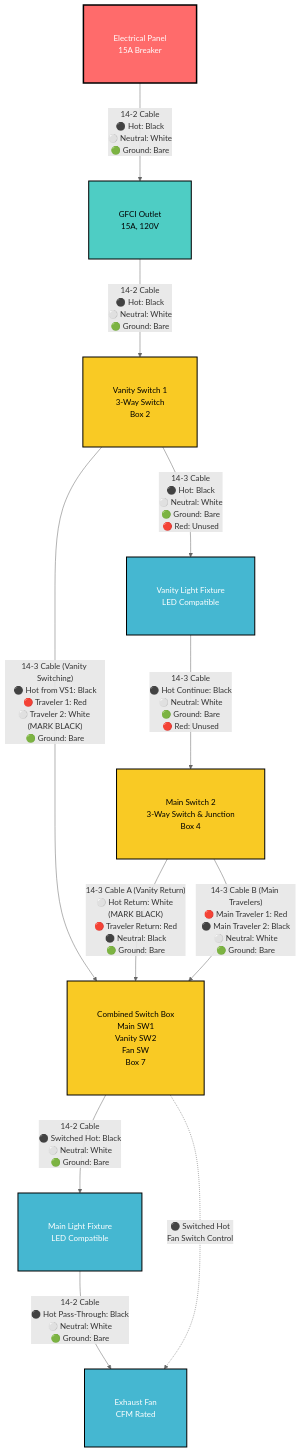
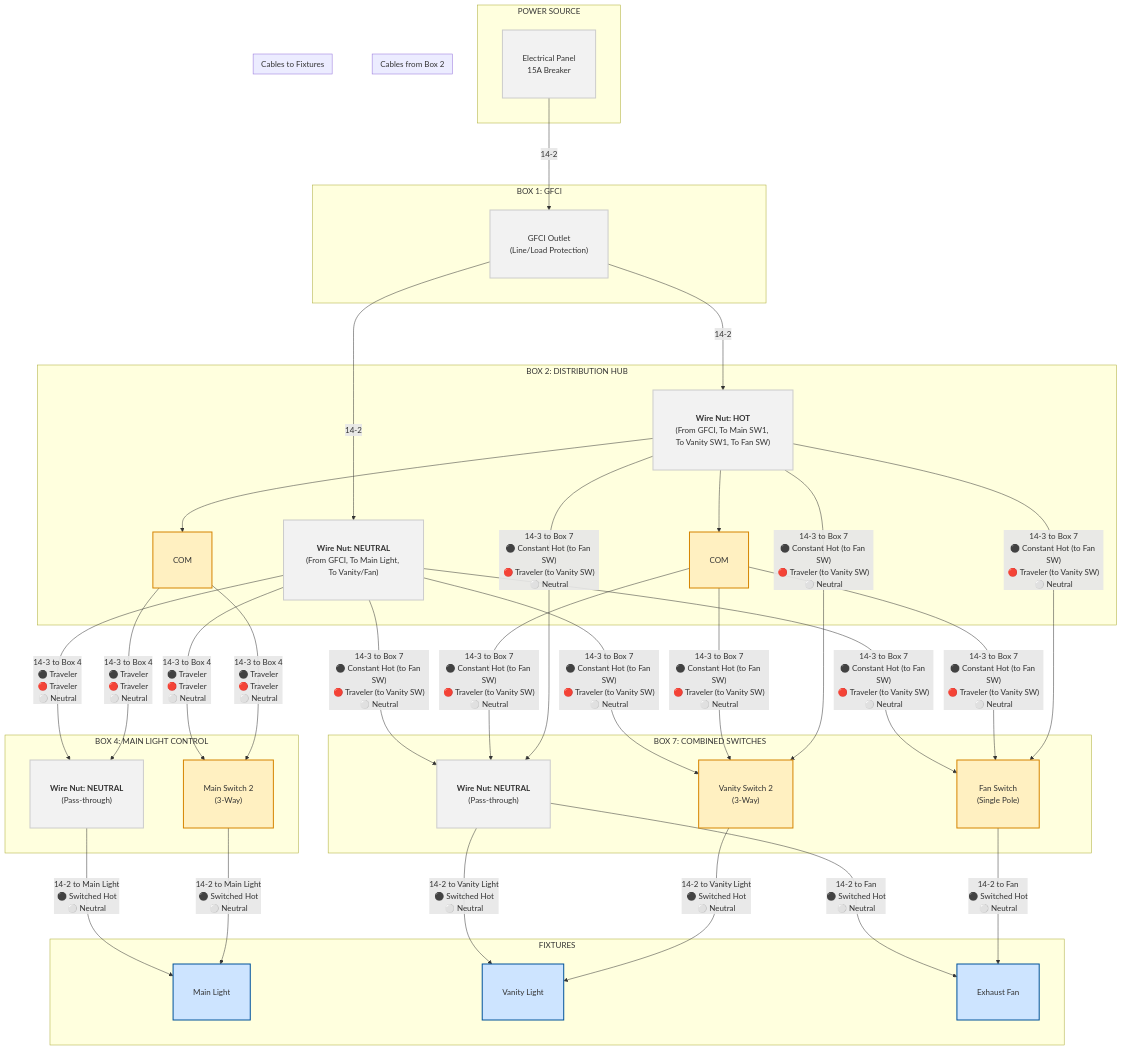
Before and after one commit to ticklemycode/electrical-wiring: the diagram in diagrams/mermaid-wiring-diagram.md, drawn with Mermaid. The commit also changed other lines of this file and 4 other files, not shown here.

````diff
--- a/diagrams/mermaid-wiring-diagram.md
+++ b/diagrams/mermaid-wiring-diagram.md
@@ -7,37 +7,61 @@
 ```mermaid
-%%{init: {'theme':'default', 'flowchart': {'nodeSpacing': 80, 'rankSpacing': 100, 'padding': 30}, 'themeVariables': {'primaryColor': '#ffffff', 'primaryTextColor': '#000000', 'primaryBorderColor': '#000000', 'lineColor': '#666666', 'sectionBkgColor': '#ffffff', 'altSectionBkgColor': '#f9f9f9', 'gridColor': '#cccccc', 'c0': '#ffffff', 'c1': '#ffffff', 'c2': '#ffffff', 'c3': '#ffffff', 'c4': '#ffffff'}}}%%
-flowchart TD
-    A["Electrical Panel<br/>15A Breaker"] -->|"14-2 Cable<br/>⚫ Hot: Black<br/>⚪ Neutral: White<br/>🟢 Ground: Bare"| B["GFCI Outlet<br/>15A, 120V"]
+%%{init: {'theme':'default', 'flowchart': {'nodeSpacing': 80, 'rankSpacing': 100, 'padding': 20}, 'themeVariables': {'primaryColor': '#ffffff', 'primaryTextColor': '#000000', 'primaryBorderColor': '#000000', 'lineColor': '#333333', 'sectionBkgColor': '#f9f9f9'}}}%%
+graph TD
+    subgraph "POWER SOURCE"
+        A["Electrical Panel<br/>15A Breaker"];
+    end
+
+    subgraph "BOX 1: GFCI"
+        B["GFCI Outlet<br/>(Line/Load Protection)"];
+    end
+
+    subgraph "BOX 2: DISTRIBUTION HUB"
+        C["<b>Wire Nut: HOT</b><br/>(From GFCI, To Main SW1, To Vanity SW1, To Fan SW)"];
+        D["<b>Wire Nut: NEUTRAL</b><br/>(From GFCI, To Main Light, To Vanity/Fan)"];
+        E["Main Switch 1<br/>(3-Way)"];
+        F["Vanity Switch 1<br/>(3-Way)"];
+    end
+
+    subgraph "BOX 4: MAIN LIGHT CONTROL"
+        G["Main Switch 2<br/>(3-Way)"];
+        H["<b>Wire Nut: NEUTRAL</b><br/>(Pass-through)"];
+    end
     
-    B -->|"14-2 Cable<br/>⚫ Hot: Black<br/>⚪ Neutral: White<br/>🟢 Ground: Bare"| D["Vanity Switch 1<br/>3-Way Switch<br/>Box 2"]
+    subgraph "BOX 7: COMBINED SWITCHES"
+        I["Vanity Switch 2<br/>(3-Way)"];
+        J["Fan Switch<br/>(Single Pole)"];
+        K["<b>Wire Nut: NEUTRAL</b><br/>(Pass-through)"];
+    end
+
+    subgraph "FIXTURES"
+        L["Main Light"];
+        M["Vanity Light"];
+        N["Exhaust Fan"];
+    end
+
+    %% CONNECTIONS
+    A -->|"14-2"| B;
+    B -->|"14-2"| C & D;
+
+    C --> E[COM];
+    C --> F[COM];
     
-    D -->|"14-3 Cable<br/>⚫ Hot: Black<br/>⚪ Neutral: White<br/>🟢 Ground: Bare<br/>🔴 Red: Unused"| C["Vanity Light Fixture<br/>LED Compatible"]
-    
-    C -->|"14-3 Cable<br/>⚫ Hot Continue: Black<br/>⚪ Neutral: White<br/>🟢 Ground: Bare<br/>🔴 Red: Unused"| F["Main Switch 2<br/>3-Way Switch & Junction<br/>Box 4"]
-    
-    D -->|"14-3 Cable (Vanity Switching)<br/>⚫ Hot from VS1: Black<br/>🔴 Traveler 1: Red<br/>⚪ Traveler 2: White (MARK BLACK)<br/>🟢 Ground: Bare"| E["Combined Switch Box<br/>Main SW1<br/>Vanity SW2<br/>Fan SW<br/>Box 7"]
+    subgraph "Cables from Box 2"
+        E & D -->|"14-3 to Box 4<br/>⚫ Traveler<br/>🔴 Traveler<br/>⚪ Neutral"| G & H;
+        C & F & D -->|"14-3 to Box 7<br/>⚫ Constant Hot (to Fan SW)<br/>🔴 Traveler (to Vanity SW)<br/>⚪ Neutral"| J & I & K;
+    end
 
-    F -->|"14-3 Cable A (Vanity Return)<br/>⚪ Hot Return: White (MARK BLACK)<br/>🔴 Traveler Return: Red<br/>⚫ Neutral: Black<br/>🟢 Ground: Bare"| E
-    
-    F -->|"14-3 Cable B (Main Travelers)<br/>🔴 Main Traveler 1: Red<br/>⚫ Main Traveler 2: Black<br/>⚪ Neutral: White<br/>🟢 Ground: Bare"| E
+    subgraph "Cables to Fixtures"
+        G & H -->|"14-2 to Main Light<br/>⚫ Switched Hot<br/>⚪ Neutral"| L;
+        I & K -->|"14-2 to Vanity Light<br/>⚫ Switched Hot<br/>⚪ Neutral"| M;
+        J & K -->|"14-2 to Fan<br/>⚫ Switched Hot<br/>⚪ Neutral"| N;
+    end
 
-    E -->|"14-2 Cable<br/>⚫ Switched Hot: Black<br/>⚪ Neutral: White<br/>🟢 Ground: Bare"| G["Main Light Fixture<br/>LED Compatible"]
-
-    G -->|"14-2 Cable<br/>⚫ Hot Pass-Through: Black<br/>⚪ Neutral: White<br/>🟢 Ground: Bare"| H["Exhaust Fan<br/>CFM Rated"]
-    
-    E -.->|"⚫ Switched Hot<br/>Fan Switch Control"| H
-    
-    %% Styling
-    classDef boxPadding padding:10px 10px
-    classDef panelStyle fill:#ff6b6b,stroke:#000,stroke-width:3px,color:#fff
-    classDef gfciStyle fill:#4ecdc4,stroke:#000,stroke-width:2px,color:#000
-    classDef fixtureStyle fill:#45b7d1,stroke:#000,stroke-width:2px,color:#fff
-    classDef switchStyle fill:#f9ca24,stroke:#000,stroke-width:2px,color:#000
-    classDef wireStyle stroke:#666,stroke-width:2px
-    
-    class A,B,C,D,E,F,G,H boxPadding
-    class A panelStyle
-    class B gfciStyle
-    class C,G,H fixtureStyle
-    class D,E,F switchStyle
+    %% STYLING
+    classDef box fill:#f2f2f2,stroke:#ccc,stroke-width:2px,padding:10px;
+    class A,B,C,D,E,F,G,H,I,J,K,L,M,N box;
+    classDef fixture fill:#cde4ff,stroke:#00529B;
+    class L,M,N fixture;
+    classDef switch fill:#fff0c1,stroke:#D68400;
+    class E,F,G,I,J switch;
 ```
````
